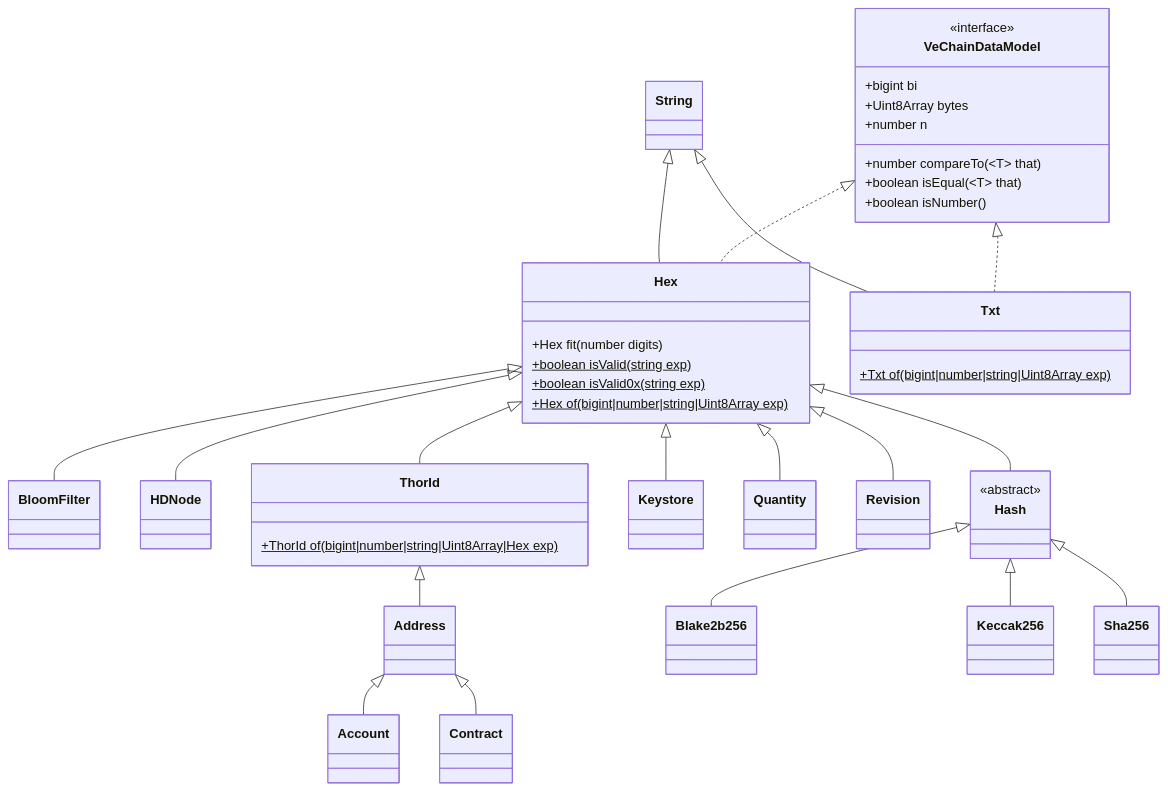
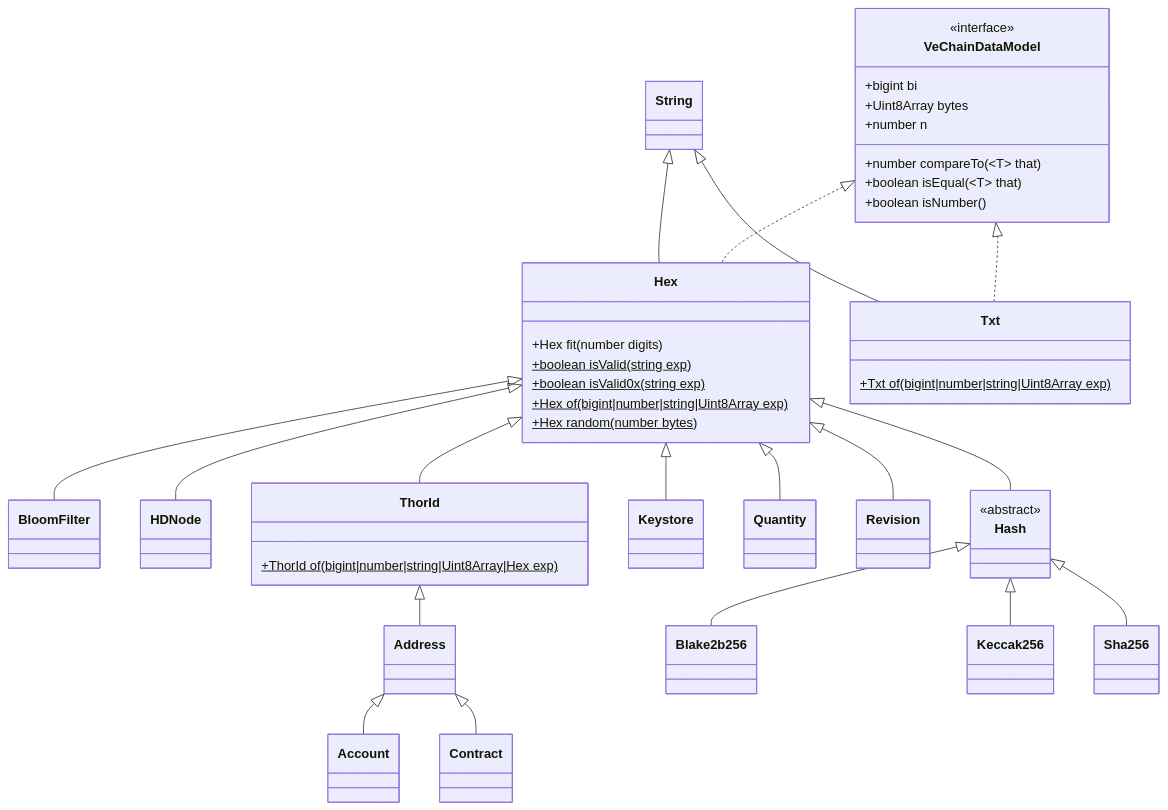
Before and after one commit to vechain/vechain-sdk-js: the diagram in docs/diagrams/architecture/vcdm.md, drawn with Mermaid. The commit also changed 8 other files, not shown here.

````diff
--- a/docs/diagrams/architecture/vcdm.md
+++ b/docs/diagrams/architecture/vcdm.md
@@ -1,57 +1,58 @@
 ```mermaid
 classDiagram
     class Account
     class Address
     class Blake2b256
     class BloomFilter
     class Contract
     class HDNode
     class Hash {
         <<abstract>>
     }
     class Hex {
         +Hex fit(number digits)
         +boolean isValid(string exp)$
         +boolean isValid0x(string exp)$
         +Hex of(bigint|number|string|Uint8Array exp)$
+        +Hex random(number bytes)$
     }
     class Keccak256 
     class Keystore
     class Quantity
     class Revision
     class Sha256
     class String
     class ThorId {
         +ThorId of(bigint|number|string|Uint8Array|Hex exp)$
     }
     class Txt {
         +Txt of(bigint|number|string|Uint8Array exp)$
     }
     class String
     class VeChainDataModel{
         <<interface>>
       +bigint bi
       +Uint8Array bytes
       +number n
       +number compareTo(~T~ that)
       +boolean isEqual(~T~ that)
       +boolean isNumber()
     }
     Address <|-- Account
     Address <|-- Contract
     Hash <|-- Blake2b256
     Hash <|-- Keccak256
     Hash <|-- Sha256
     Hex <|-- BloomFilter
     Hex <|-- HDNode
     Hex <|-- Hash
     Hex <|-- Keystore
     Hex <|-- Quantity
     Hex <|-- Revision
     Hex <|-- ThorId
     String <|-- Hex
     String <|-- Txt
     ThorId <|-- Address
     VeChainDataModel <|.. Hex
     VeChainDataModel <|.. Txt
 ```
````
